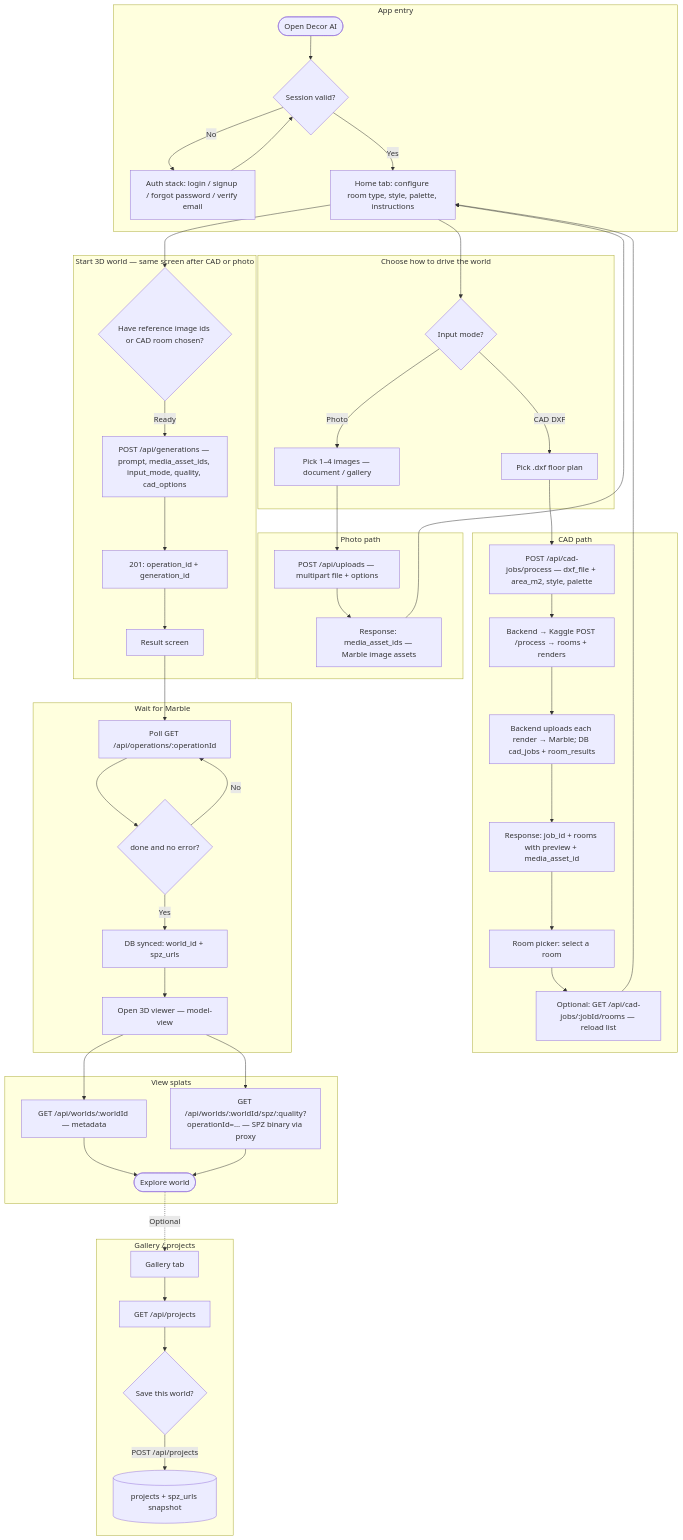
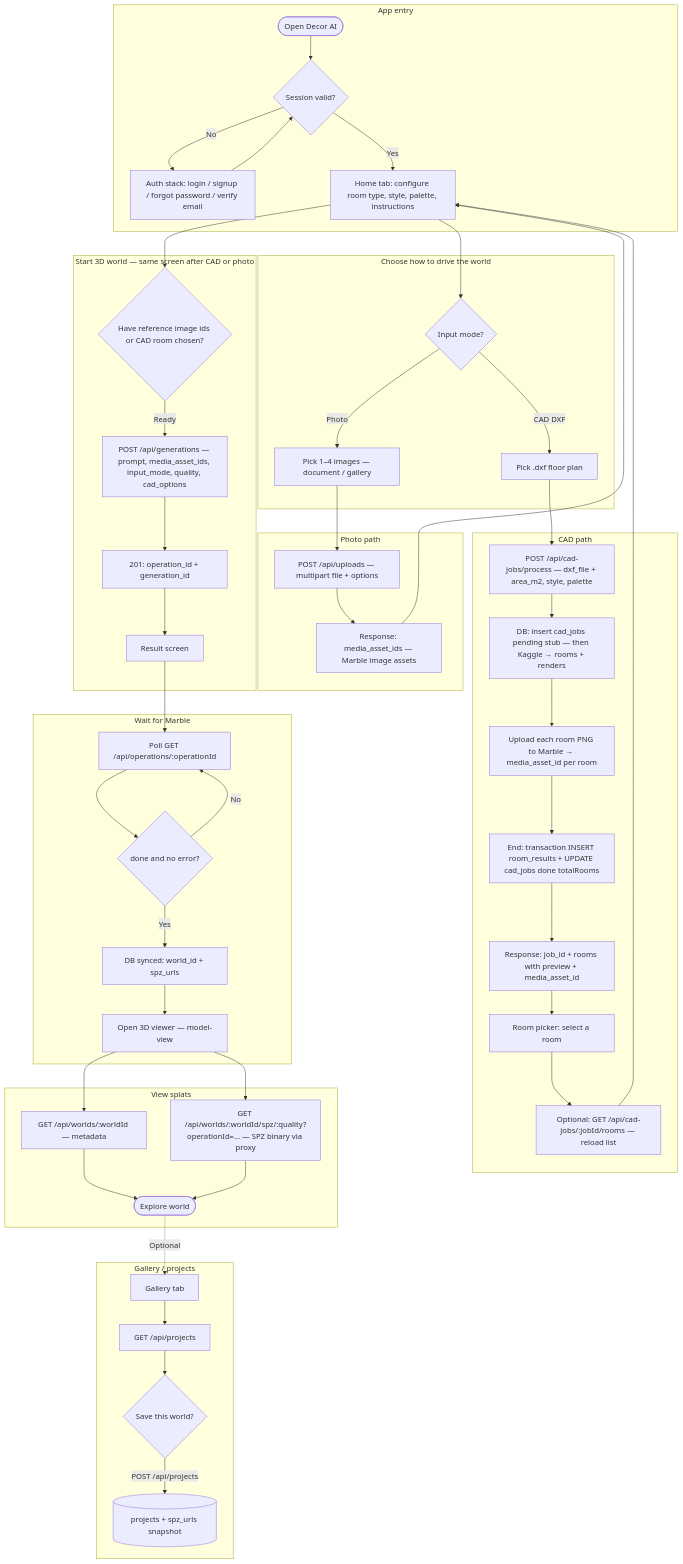
The eighth of 16 diagrams in README.md (OmarMegahed1/DecoSmart), drawn with Mermaid before and after one commit. The commit also changed other lines of this file, not shown here.

Commit message:
docs: align README diagrams with cad_jobs and room_results timing

````diff
--- a/README.md
+++ b/README.md
@@ -554,63 +554,64 @@
 ```mermaid
 flowchart TB
   subgraph entry["App entry"]
     A0([Open Decor AI])
     A1{Session valid?}
     A2["Auth stack: login / signup / forgot password / verify email"]
     A0 --> A1
     A1 -->|No| A2
     A2 --> A1
     A1 -->|Yes| H[Home tab: configure room type, style, palette, instructions]
   end
 
   subgraph mode["Choose how to drive the world"]
     H --> M{Input mode?}
     M -->|Photo| P1[Pick 1–4 images — document / gallery]
     M -->|CAD DXF| C1[Pick .dxf floor plan]
   end
 
   subgraph photo["Photo path"]
     P1 --> P2["POST /api/uploads — multipart file + options"]
     P2 --> P3["Response: media_asset_ids — Marble image assets"]
     P3 --> H
   end
 
   subgraph cad["CAD path"]
     C1 --> C2["POST /api/cad-jobs/process — dxf_file + area_m2, style, palette"]
-    C2 --> C3["Backend → Kaggle POST /process → rooms + renders"]
-    C3 --> C4["Backend uploads each render → Marble; DB cad_jobs + room_results"]
-    C4 --> C5["Response: job_id + rooms with preview + media_asset_id"]
-    C5 --> RP[Room picker: select a room]
-    RP --> C6["Optional: GET /api/cad-jobs/:jobId/rooms — reload list"]
-    C6 --> H
+    C2 --> C3["DB: insert cad_jobs pending stub — then Kaggle → rooms + renders"]
+    C3 --> C4["Upload each room PNG to Marble → media_asset_id per room"]
+    C4 --> C5["End: transaction INSERT room_results + UPDATE cad_jobs done totalRooms"]
+    C5 --> C6["Response: job_id + rooms with preview + media_asset_id"]
+    C6 --> RP[Room picker: select a room]
+    RP --> C7["Optional: GET /api/cad-jobs/:jobId/rooms — reload list"]
+    C7 --> H
   end
 
   subgraph generate["Start 3D world — same screen after CAD or photo"]
     H --> G0{Have reference image ids or CAD room chosen?}
     G0 -->|Ready| G1["POST /api/generations — prompt, media_asset_ids, input_mode, quality, cad_options"]
     G1 --> G2["201: operation_id + generation_id"]
     G2 --> RES[Result screen]
   end
 
   subgraph poll["Wait for Marble"]
     RES --> L1["Poll GET /api/operations/:operationId"]
     L1 --> L2{"done and no error?"}
     L2 -->|No| L1
     L2 -->|Yes| L3["DB synced: world_id + spz_urls"]
     L3 --> MV[Open 3D viewer — model-view]
   end
 
   subgraph view["View splats"]
     MV --> V1["GET /api/worlds/:worldId — metadata"]
     MV --> V2["GET /api/worlds/:worldId/spz/:quality?operationId=… — SPZ binary via proxy"]
     V1 --> Done([Explore world])
     V2 --> Done
   end
 
   subgraph gallery["Gallery / projects"]
     Done -.->|Optional| Gtab[Gallery tab]
     Gtab --> GL["GET /api/projects"]
     GL --> GP{Save this world?}
     GP -->|POST /api/projects| GDB[(projects + spz_urls snapshot)]
   end
 ```
````
